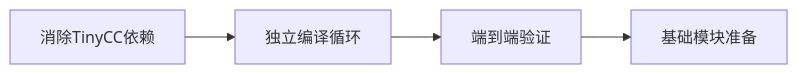
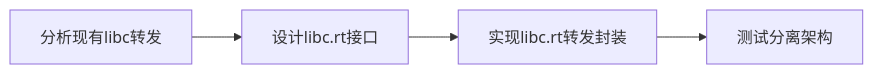
Before and after one commit to wanjochan/self-evolve-ai: the second of 5 diagrams in docs/cursor.md, drawn with Mermaid. The commit also changed other lines of this file and 23 other files, not shown here.

````diff
--- a/docs/cursor.md
+++ b/docs/cursor.md
@@ -268,6 +254,6 @@
 ```mermaid
 graph LR
-    A[消除TinyCC依赖] --> B[独立编译循环]
-    B --> C[端到端验证]
-    C --> D[基础模块准备]
+    A[分析现有libc转发] --> B[设计libc.rt接口]
+    B --> C[实现libc.rt转发封装]
+    C --> D[测试分离架构]
 ```
````
